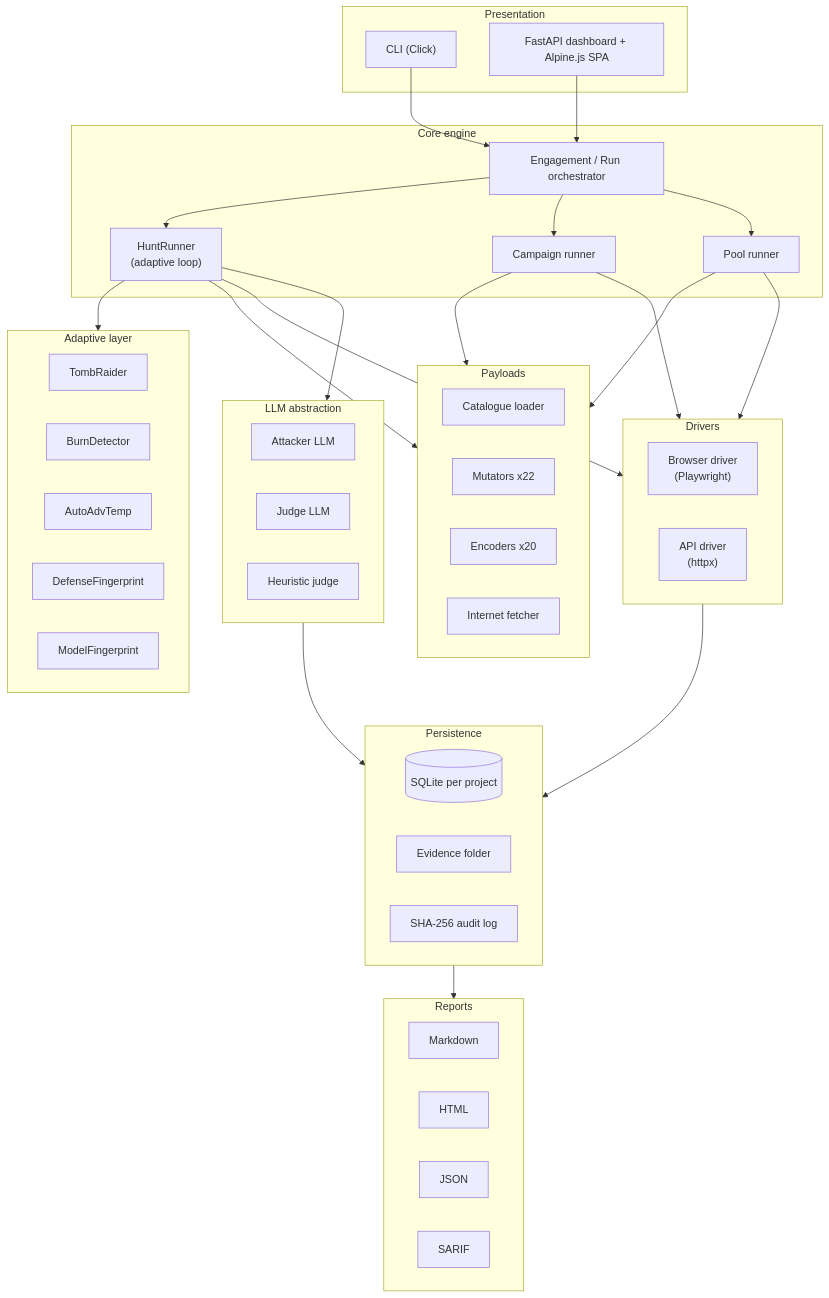
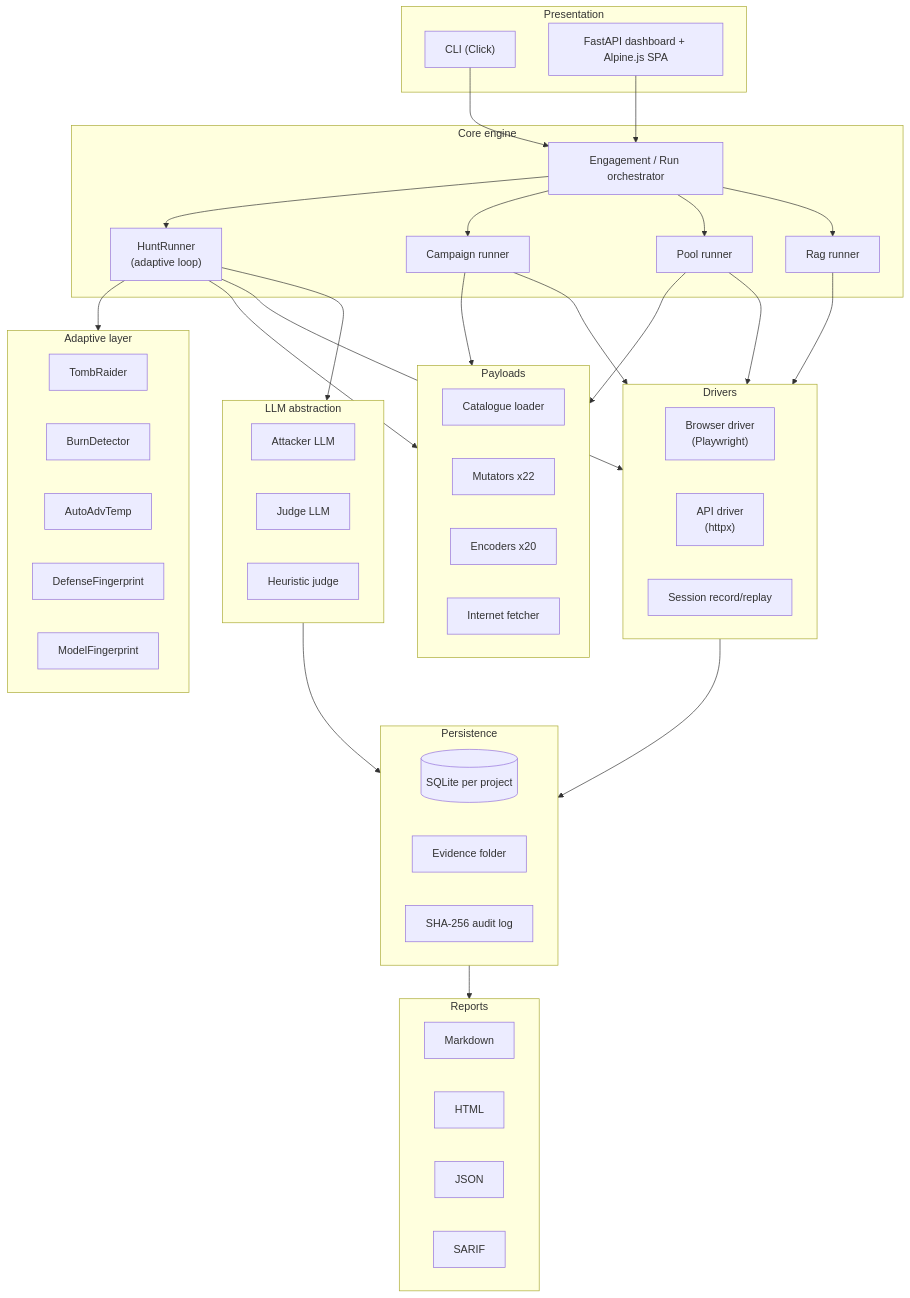
Before and after one commit to crazywifi/llm-Intruder: the ninth of 9 diagrams in README.md, drawn with Mermaid. The commit also changed other lines of this file, not shown here.

````diff
--- a/README.md
+++ b/README.md
@@ -487,70 +653,74 @@
 ```mermaid
 flowchart TB
     subgraph Presentation
         CLI["CLI (Click)"]
         DASH["FastAPI dashboard + Alpine.js SPA"]
     end
 
     subgraph Core["Core engine"]
         ENG["Engagement / Run orchestrator"]
         HUNT["HuntRunner<br/>(adaptive loop)"]
         CAMP[Campaign runner]
         POOL[Pool runner]
+        RAG[Rag runner]
     end
 
     subgraph Adaptive["Adaptive layer"]
         TR[TombRaider]
         BURN[BurnDetector]
         TEMP[AutoAdvTemp]
         DFP[DefenseFingerprint]
         MFP[ModelFingerprint]
     end
 
     subgraph Payloads
         CATLOAD[Catalogue loader]
         MUT[Mutators x22]
         ENC[Encoders x20]
         FETCH[Internet fetcher]
     end
 
     subgraph Drivers
         BRW["Browser driver<br/>(Playwright)"]
         API["API driver<br/>(httpx)"]
+        SESS["Session record/replay"]
     end
 
     subgraph LLMs["LLM abstraction"]
         ATK[Attacker LLM]
         JDG[Judge LLM]
         HEUR[Heuristic judge]
     end
 
     subgraph Persistence
         DB[(SQLite per project)]
         EVI[Evidence folder]
         AUD[SHA-256 audit log]
     end
 
     subgraph Reports
         MD[Markdown]
         HTML[HTML]
         JSON[JSON]
         SARIF[SARIF]
     end
 
     CLI --> ENG
     DASH --> ENG
     ENG --> HUNT
     ENG --> CAMP
     ENG --> POOL
+    ENG --> RAG
     HUNT --> Adaptive
     HUNT --> Payloads
     HUNT --> Drivers
     HUNT --> LLMs
     CAMP --> Payloads
     CAMP --> Drivers
     POOL --> Payloads
     POOL --> Drivers
+    RAG --> Drivers
     Drivers --> Persistence
     LLMs --> Persistence
     Persistence --> Reports
 ```
````
